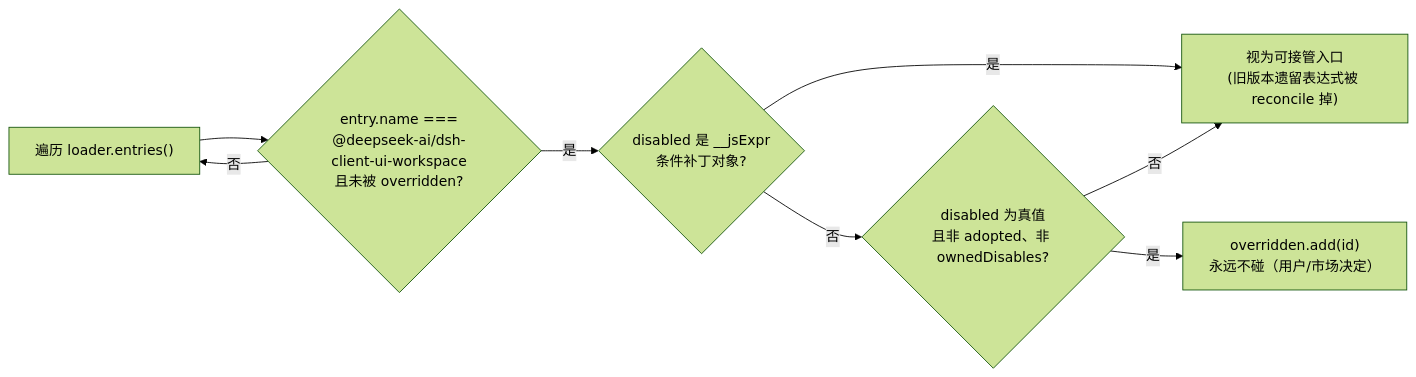
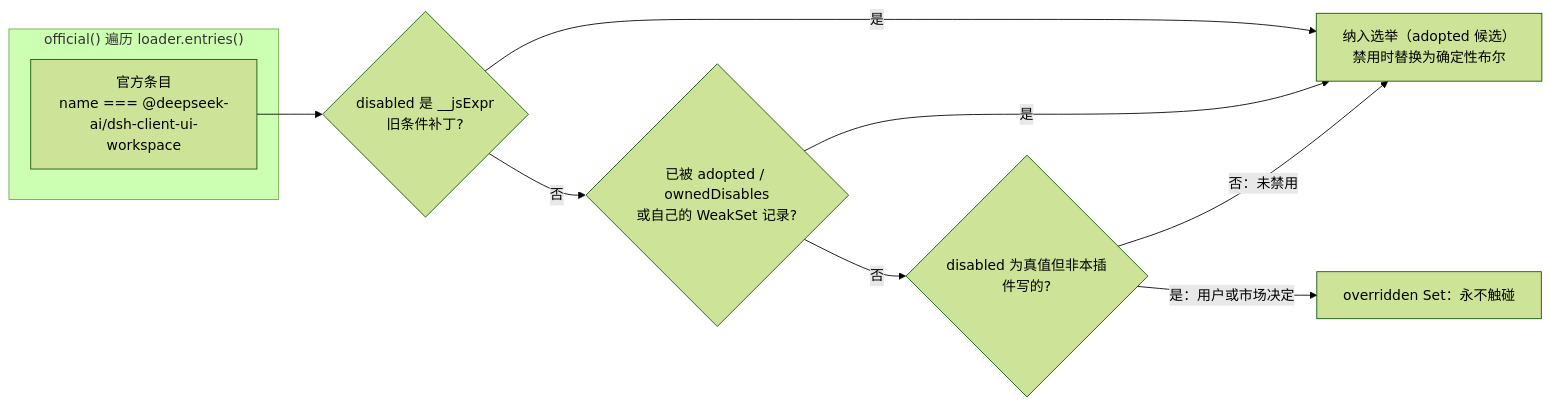
One commit to ikliml666/dsh-git-workspace changed the third of 7 diagrams in .codewiki/modules/workspace-provider-lifecycle.md. Above: the diagram before and after it, drawn with Mermaid (forest theme). The commit also changed other lines of this file and 50 other files, not shown here.

````diff
--- a/.codewiki/modules/workspace-provider-lifecycle.md
+++ b/.codewiki/modules/workspace-provider-lifecycle.md
@@ -52,10 +99,14 @@
 ```mermaid
 flowchart LR
-    A["遍历 loader.entries()"] --> B{"entry.name ===<br/>@deepseek-ai/dsh-client-ui-workspace<br/>且未被 overridden?"}
-    B -- 否 --> A
-    B -- 是 --> C{"disabled 是 __jsExpr<br/>条件补丁对象?"}
-    C -- 是 --> D["视为可接管入口<br/>(旧版本遗留表达式被 reconcile 掉)"]
-    C -- 否 --> E{"disabled 为真值<br/>且非 adopted、非 ownedDisables?"}
-    E -- 是 --> F["overridden.add(id)<br/>永远不碰（用户/市场决定）"]
-    E -- 否 --> D
+    subgraph Classification["official() 遍历 loader.entries()"]
+        E["官方条目<br/>name === @deepseek-ai/dsh-client-ui-workspace"]
+    end
+
+    E --> C1{"disabled 是 __jsExpr<br/>旧条件补丁?"}
+    C1 -->|"是"| Adopt["纳入选举（adopted 候选）<br/>禁用时替换为确定性布尔"]
+    C1 -->|"否"| C2{"已被 adopted / ownedDisables<br/>或自己的 WeakSet 记录?"}
+    C2 -->|"是"| Adopt
+    C2 -->|"否"| C3{"disabled 为真值但非本插件写的?"}
+    C3 -->|"是：用户或市场决定"| Override["overridden Set：永不触碰"]
+    C3 -->|"否：未禁用"| Adopt
 ```
````
